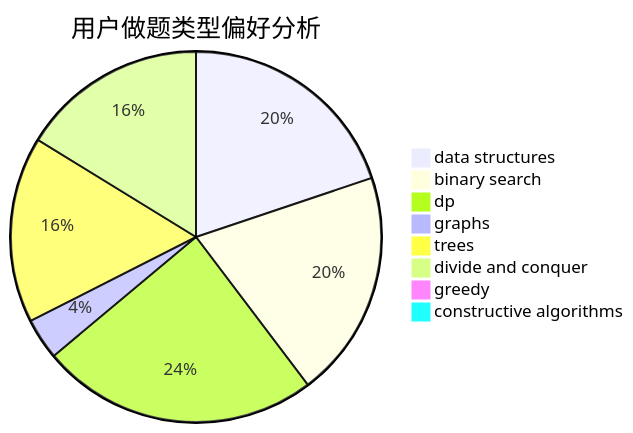
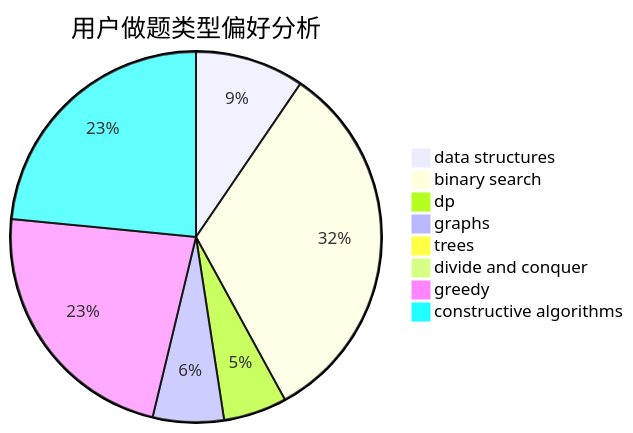
The second of 3 diagrams in docs/user/u426.md (sherpahu/cfrs.github.io), drawn with Mermaid before and after one commit. The commit also changed other lines of this file and 2770 other files, not shown here.

````diff
--- a/docs/user/u426.md
+++ b/docs/user/u426.md
@@ -23,11 +23,11 @@
 ```mermaid
 pie title 用户做题类型偏好分析
-    "data structures" :  77
-    "binary search" :  77
-    "dp" :  94
-    "graphs" :  14
-    "trees" :  63
-    "divide and conquer" :  63
-    "greedy" :  2
-    "constructive algorithms" :  0
+    "data structures" :  43
+    "binary search" :  147
+    "dp" :  25
+    "graphs" :  28
+    "trees" :  4
+    "divide and conquer" :  0
+    "greedy" :  103
+    "constructive algorithms" :  106
 ```
````
